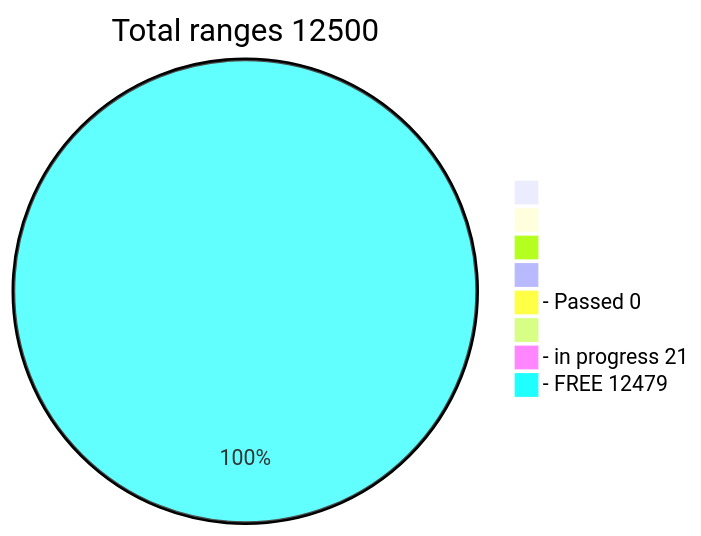
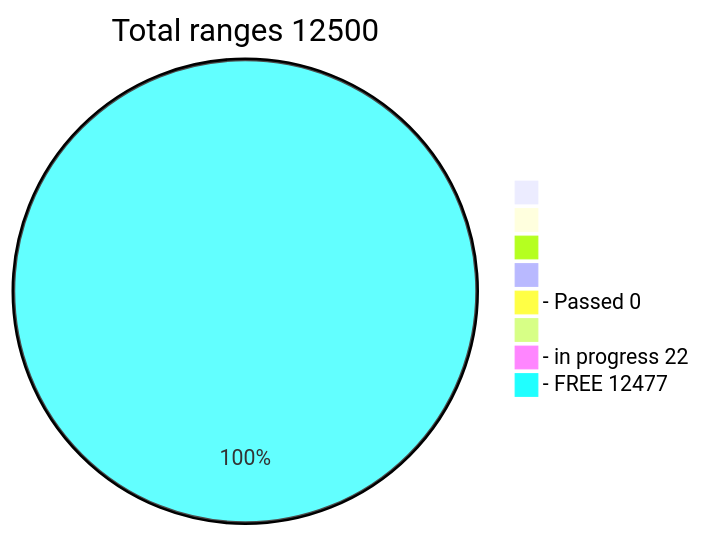
Before and after one commit to phrutis/Passphrases: the diagram in README.md, drawn with Mermaid.

````diff
--- a/README.md
+++ b/README.md
@@ -3,12 +3,12 @@
 ```mermaid
 pie title Total ranges 12500
              " " : 0
             "  " : 0
            "   " : 0
           "    " : 0
   "- Passed 0" : 0
          "     " : 0
-  "- in progress 21" : 21
-   "- FREE 12479" : 12479
+  "- in progress 22" : 23
+   "- FREE 12477" : 12477
    
 ```
````
